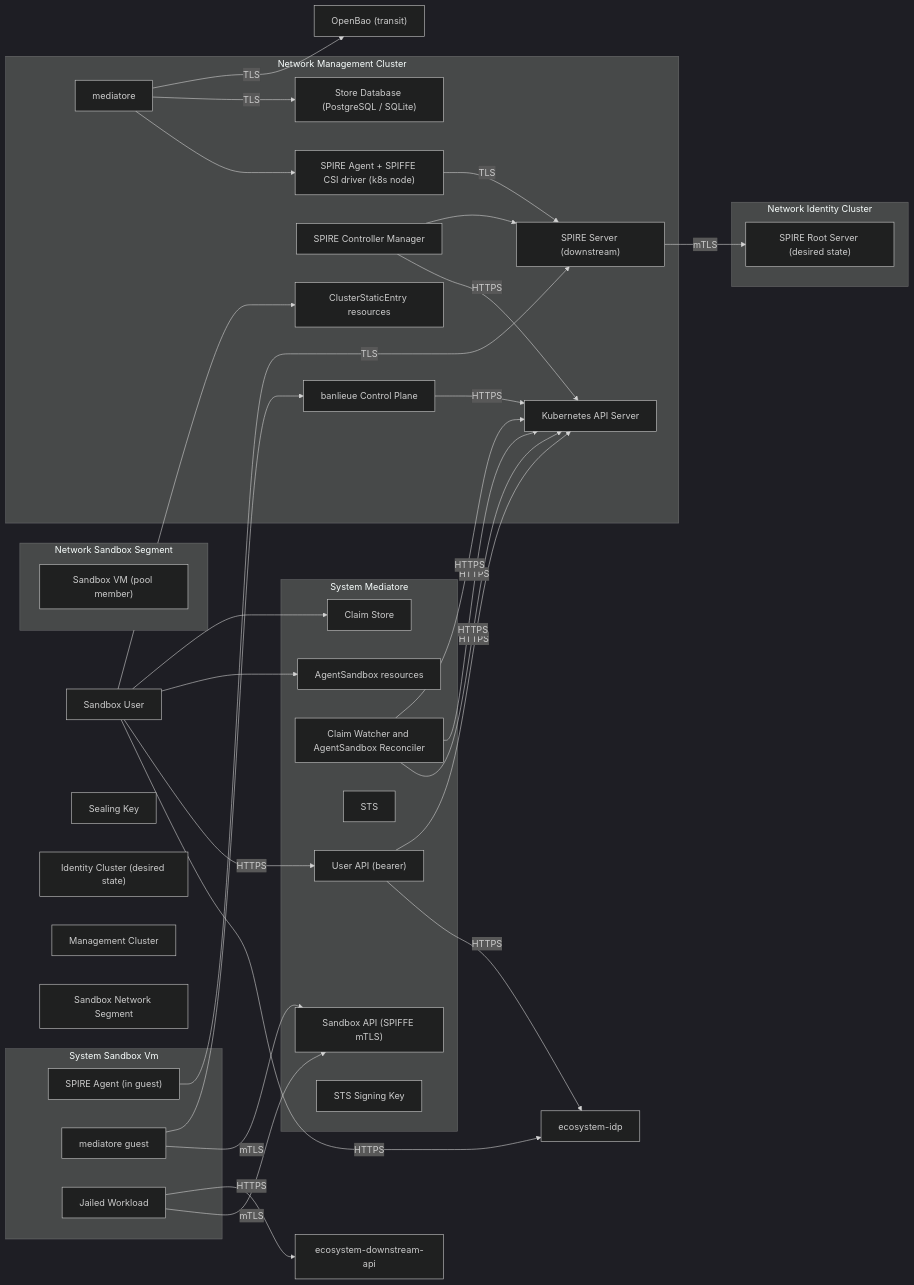
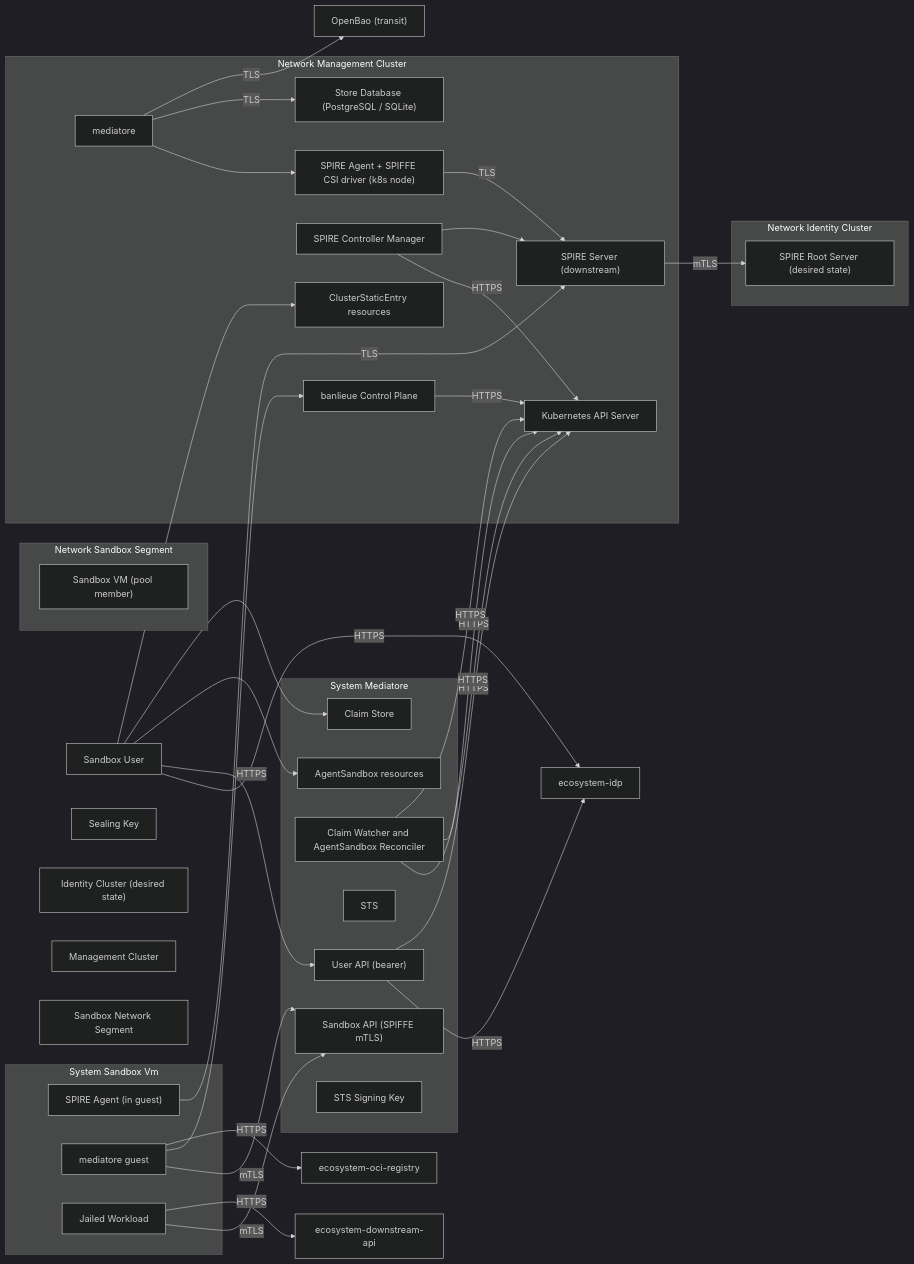
Before and after one commit to firestoned/mediatore: the diagram in docs/architecture/diagrams/system.md, drawn with Mermaid (dark theme). The commit also changed 24 other files, not shown here.

Commit message:
feat(guest): the sandbox filesystem is a tmpfs per claim and the guest pulls the workload rootfs from the registry, every blob digest-verified (ADR-0021); roadmap 06 in progress (#40)

```diff
--- a/docs/architecture/diagrams/system.md
+++ b/docs/architecture/diagrams/system.md
@@ -94,6 +94,7 @@
     service-spire-agent -->|TLS| service-spire-server
     service-guest-agent -->|mTLS| service-mediatore-sandbox-api
     service-guest-agent --> system-banlieue
+    service-guest-agent -->|HTTPS| ecosystem-oci-registry
     service-sandbox-workload -->|mTLS| service-mediatore-sandbox-api
     service-sandbox-workload -->|HTTPS| ecosystem-downstream-api
     actor-sandbox-user --> data-asset-claim-store
```
